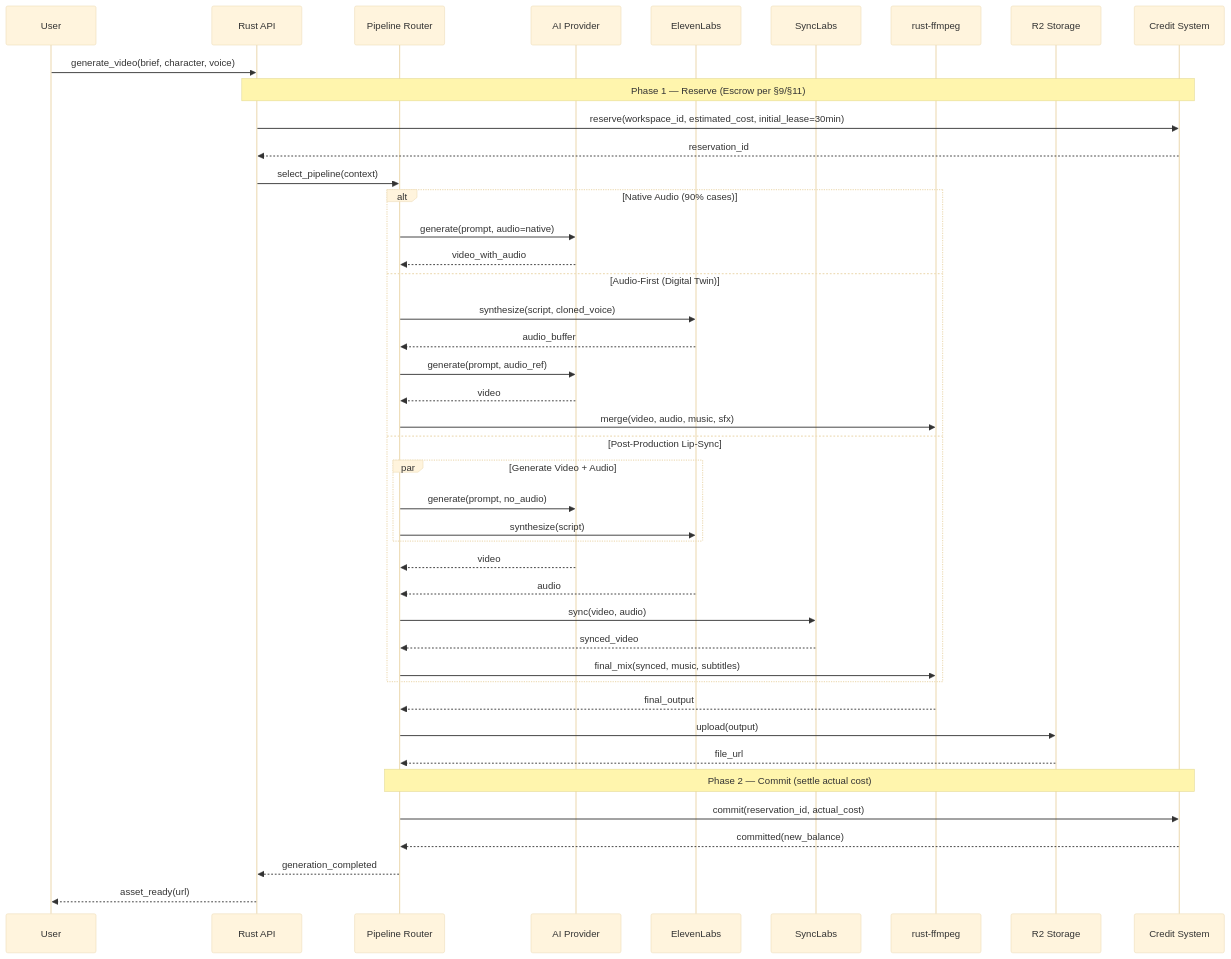
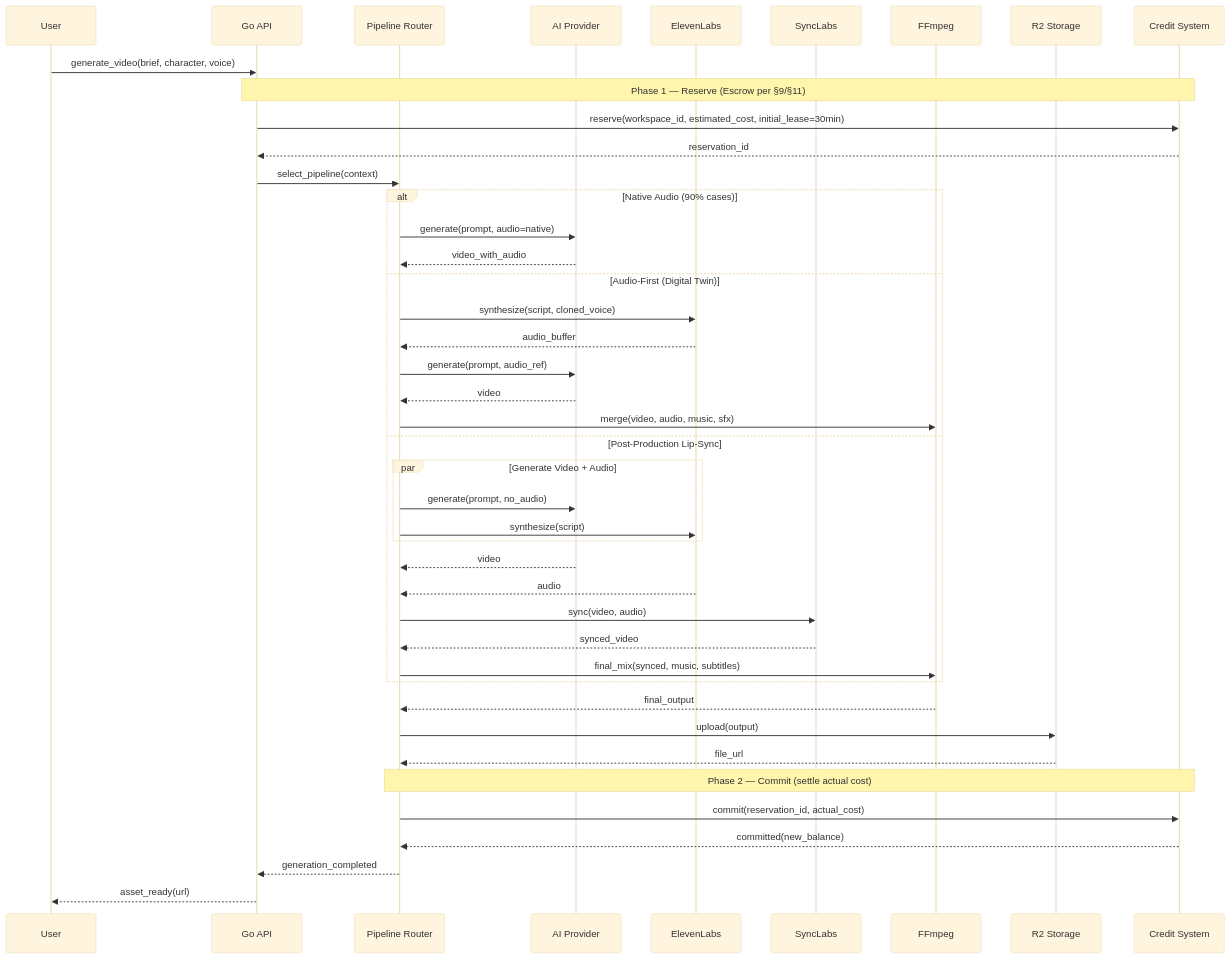
One commit to quantm-zeus/creativanta changed the second of 12 diagrams in docs/05_system/sequence_diagrams.md. Above: the diagram before and after it, drawn with Mermaid (base theme). The commit also changed other lines of this file and 51 other files, not shown here.

````diff
--- a/docs/05_system/sequence_diagrams.md
+++ b/docs/05_system/sequence_diagrams.md
@@ -78,48 +79,48 @@
 ```mermaid
 sequenceDiagram
     participant User
-    participant API as Rust API
+    participant API as Go API
     participant Router as Pipeline Router
     participant Provider as AI Provider
     participant TTS as ElevenLabs
     participant LipSync as SyncLabs
-    participant FFmpeg as rust-ffmpeg
+    participant FFmpeg as FFmpeg
     participant Storage as R2 Storage
     participant Credits as Credit System
 
     User->>API: generate_video(brief, character, voice)
     Note over API,Credits: Phase 1 — Reserve (Escrow per §9/§11)
     API->>Credits: reserve(workspace_id, estimated_cost, initial_lease=30min)
     Credits-->>API: reservation_id
     API->>Router: select_pipeline(context)
     
     alt Native Audio (90% cases)
         Router->>Provider: generate(prompt, audio=native)
         Provider-->>Router: video_with_audio
     else Audio-First (Digital Twin)
         Router->>TTS: synthesize(script, cloned_voice)
         TTS-->>Router: audio_buffer
         Router->>Provider: generate(prompt, audio_ref)
         Provider-->>Router: video
         Router->>FFmpeg: merge(video, audio, music, sfx)
     else Post-Production Lip-Sync
         par Generate Video + Audio
             Router->>Provider: generate(prompt, no_audio)
             Router->>TTS: synthesize(script)
         end
         Provider-->>Router: video
         TTS-->>Router: audio
         Router->>LipSync: sync(video, audio)
         LipSync-->>Router: synced_video
         Router->>FFmpeg: final_mix(synced, music, subtitles)
     end
     
     FFmpeg-->>Router: final_output
     Router->>Storage: upload(output)
     Storage-->>Router: file_url
     Note over Router,Credits: Phase 2 — Commit (settle actual cost)
     Router->>Credits: commit(reservation_id, actual_cost)
     Credits-->>Router: committed(new_balance)
     Router-->>API: generation_completed
     API-->>User: asset_ready(url)
 ```
````
